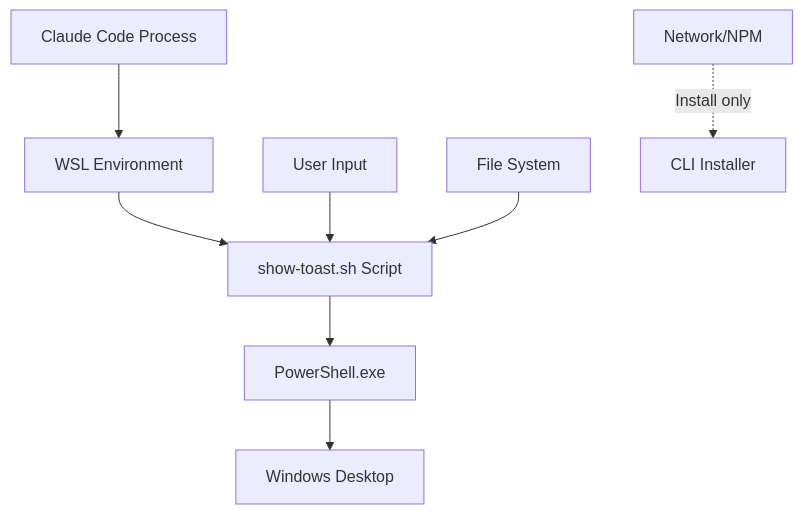
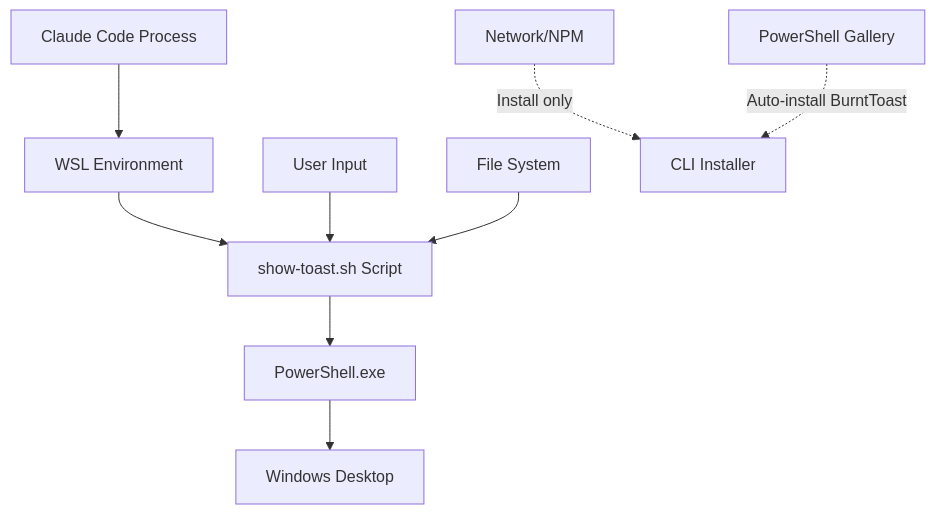
The diagram in docs/SECURITY.md (claudes-world/cctoast-wsl), drawn with Mermaid before and after one commit. The commit also changed other lines of this file, not shown here.

First line of the commit message:
docs: update security documentation with auto-installation considerations

````diff
--- a/docs/SECURITY.md
+++ b/docs/SECURITY.md
@@ -23,11 +23,12 @@
 ```mermaid
 graph TB
     A[Claude Code Process] --> B[WSL Environment]
     B --> C[show-toast.sh Script]
     C --> D[PowerShell.exe]
     D --> E[Windows Desktop]
     
     F[User Input] --> C
     G[File System] --> C
     H[Network/NPM] -.->|Install only| I[CLI Installer]
+    J[PowerShell Gallery] -.->|Auto-install BurntToast| I
 ```
````
